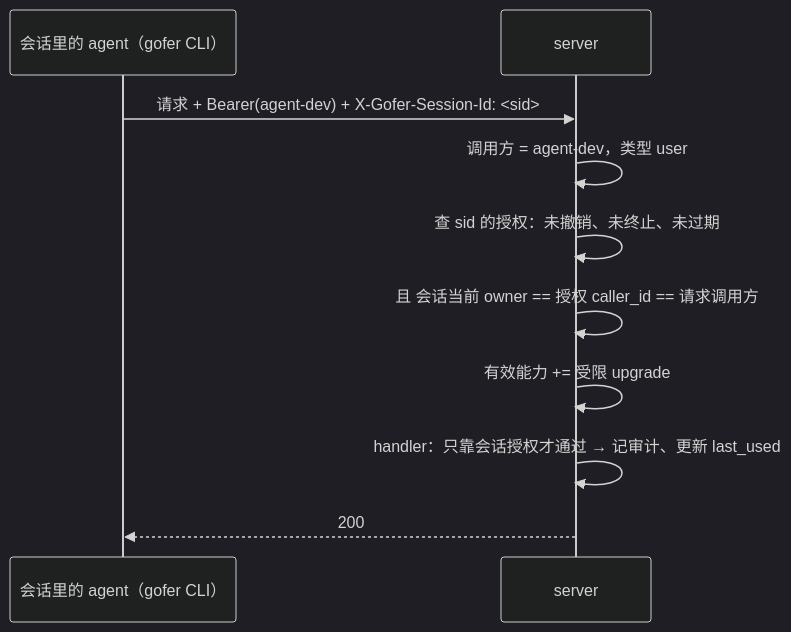
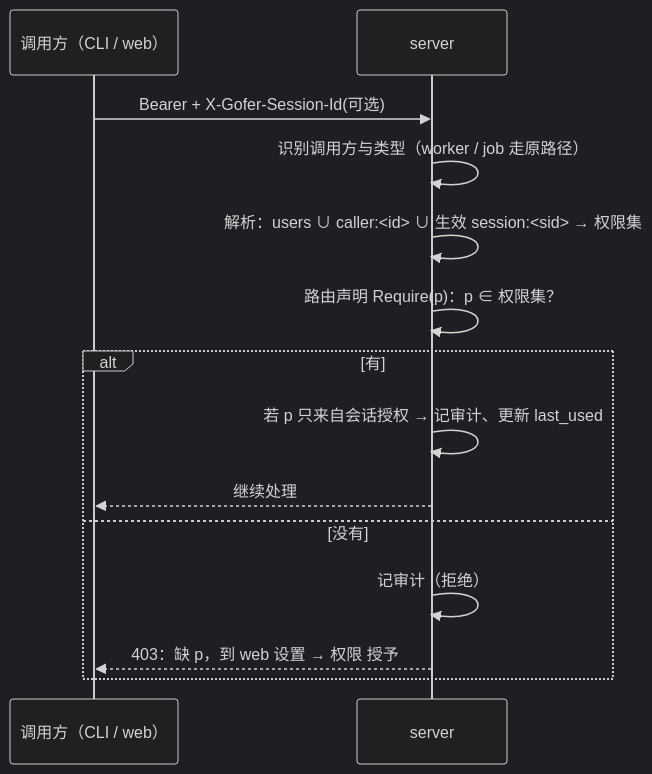
Before and after one commit to inhere/gofer: the second of 2 diagrams in docs/design/2026-10-14-db-capabilities-and-session-grants-design.md, drawn with Mermaid (dark theme). The commit also changed other lines of this file, not shown here.

````diff
--- a/docs/design/2026-10-14-db-capabilities-and-session-grants-design.md
+++ b/docs/design/2026-10-14-db-capabilities-and-session-grants-design.md
@@ -193,12 +257,16 @@
 ```mermaid
 sequenceDiagram
-  participant A as 会话里的 agent（gofer CLI）
+  participant C as 调用方（CLI / web）
   participant S as server
-  A->>S: 请求 + Bearer(agent-dev) + X-Gofer-Session-Id: <sid>
-  S->>S: 调用方 = agent-dev，类型 user
-  S->>S: 查 sid 的授权：未撤销、未终止、未过期
-  S->>S: 且 会话当前 owner == 授权 caller_id == 请求调用方
-  S->>S: 有效能力 += 受限 upgrade
-  S->>S: handler：只靠会话授权才通过 → 记审计、更新 last_used
-  S-->>A: 200
+  C->>S: Bearer + X-Gofer-Session-Id(可选)
+  S->>S: 识别调用方与类型（worker / job 走原路径）
+  S->>S: 解析：users ∪ caller:<id> ∪ 生效 session:<sid> → 权限集
+  S->>S: 路由声明 Require(p)：p ∈ 权限集？
+  alt 有
+    S->>S: 若 p 只来自会话授权 → 记审计、更新 last_used
+    S-->>C: 继续处理
+  else 没有
+    S->>S: 记审计（拒绝）
+    S-->>C: 403：缺 p，到 web 设置 → 权限 授予
+  end
 ```
````
